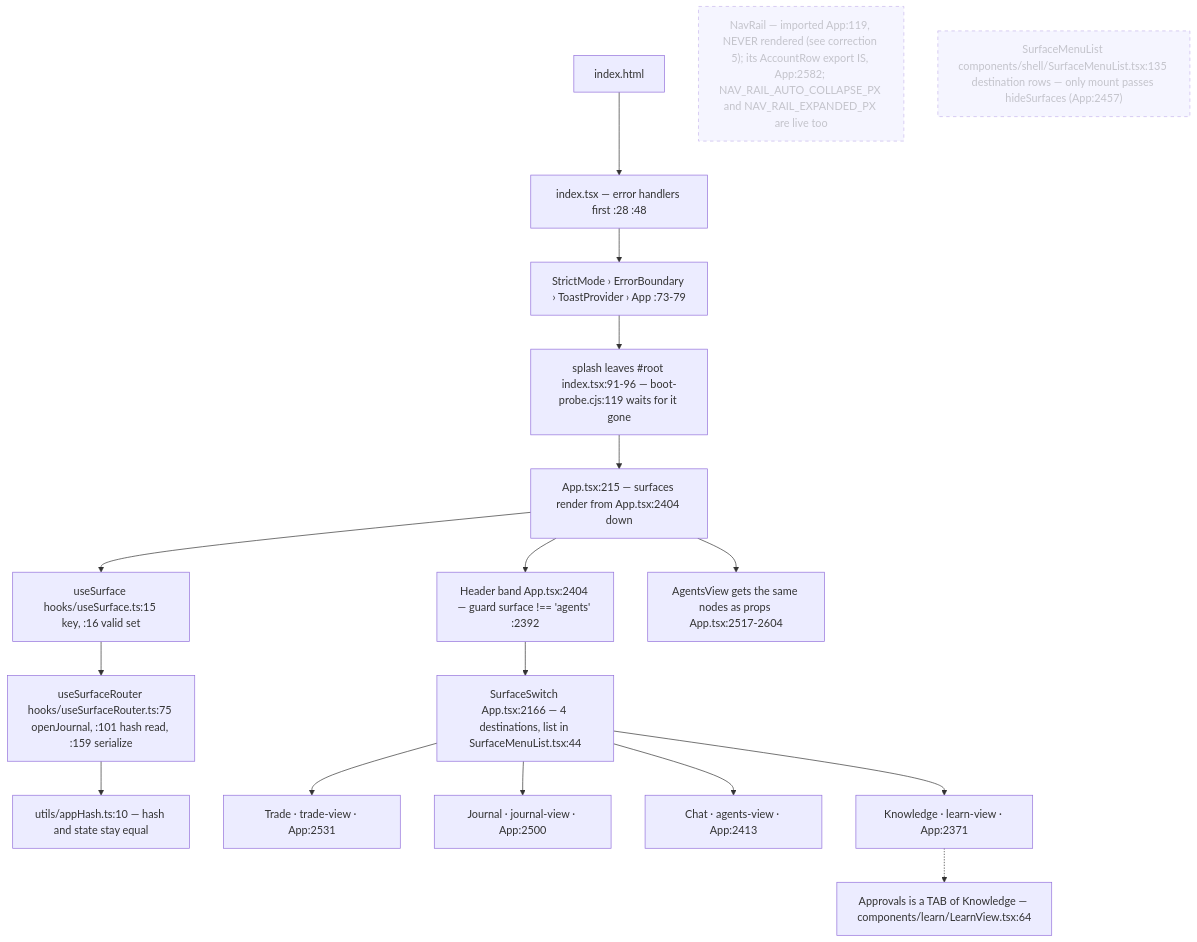
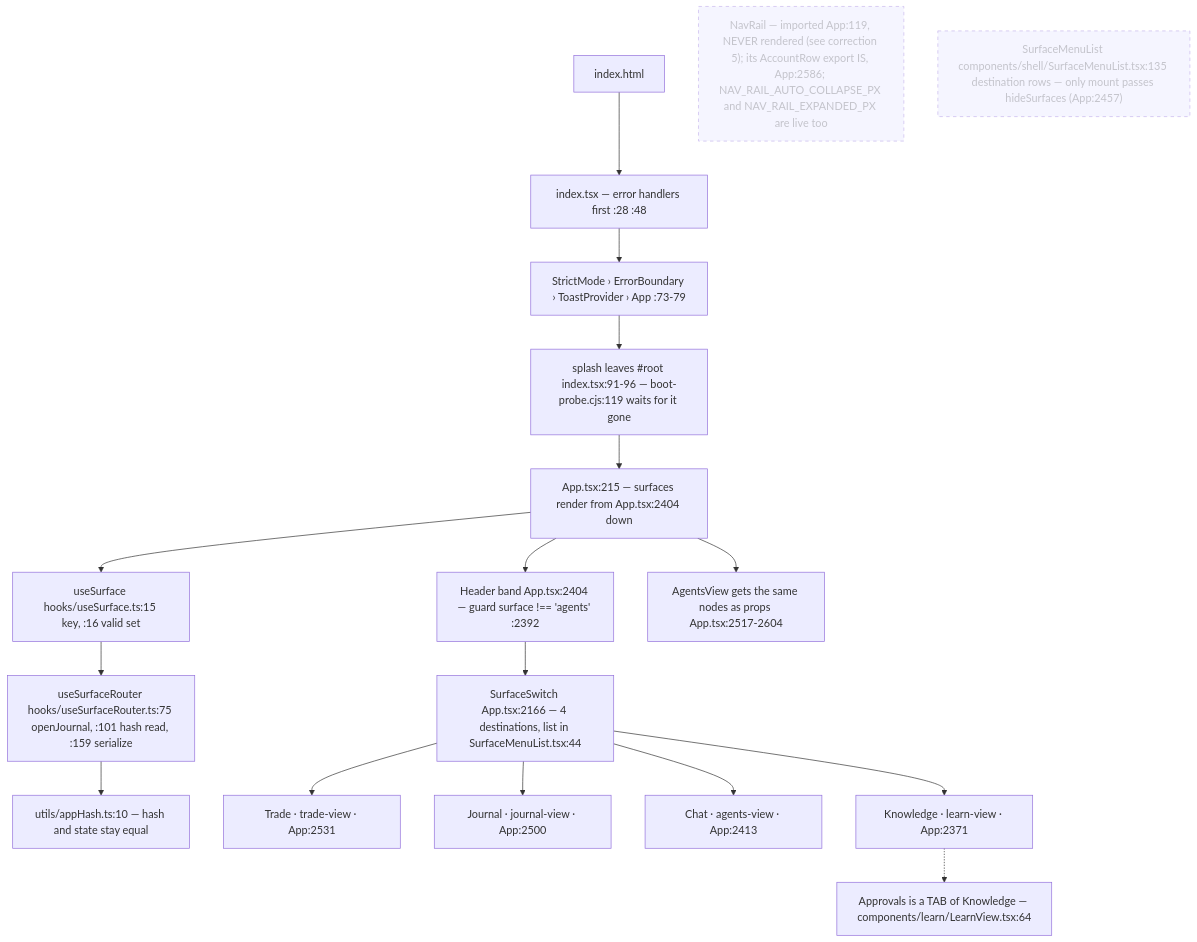
One commit to Acepay25/august-3.5 changed the first of 8 diagrams in docs/app-flow.md. Above: the diagram before and after it, drawn with Mermaid. The commit also changed other lines of this file and 2 other files, not shown here.

First line of the commit message:
docs(flow): re-anchor against the merged tree — 448 anchors, every citation grep-verified

````diff
--- a/docs/app-flow.md
+++ b/docs/app-flow.md
@@ -49,21 +49,21 @@
 ```mermaid
 flowchart TD
     H["index.html"] --> I["index.tsx — error handlers first :28 :48"]
     I --> S["StrictMode › ErrorBoundary › ToastProvider › App :73-79"]
     S --> SP["splash leaves #root index.tsx:91-96 — boot-probe.cjs:119 waits for it gone"]
     SP --> APP["App.tsx:215 — surfaces render from App.tsx:2404 down"]
     APP --> US["useSurface hooks/useSurface.ts:15 key, :16 valid set"]
     US --> UR["useSurfaceRouter hooks/useSurfaceRouter.ts:75 openJournal, :101 hash read, :159 serialize"]
     UR --> HASH["utils/appHash.ts:10 — hash and state stay equal"]
     APP --> HD["Header band App.tsx:2404 — guard surface !== 'agents' :2392"]
     HD --> SW["SurfaceSwitch App.tsx:2166 — 4 destinations, list in SurfaceMenuList.tsx:44"]
     APP --> AV["AgentsView gets the same nodes as props App.tsx:2517-2604"]
     SW --> T["Trade · trade-view · App:2531"]
     SW --> J["Journal · journal-view · App:2500"]
     SW --> C["Chat · agents-view · App:2413"]
     SW --> K["Knowledge · learn-view · App:2371"]
     K -.-> AP["Approvals is a TAB of Knowledge — components/learn/LearnView.tsx:64"]
-    NR["NavRail — imported App:119, NEVER rendered (see correction 5); its AccountRow export IS, App:2582; NAV_RAIL_AUTO_COLLAPSE_PX and NAV_RAIL_EXPANDED_PX are live too"]:::dead
+    NR["NavRail — imported App:119, NEVER rendered (see correction 5); its AccountRow export IS, App:2586; NAV_RAIL_AUTO_COLLAPSE_PX and NAV_RAIL_EXPANDED_PX are live too"]:::dead
     SM["SurfaceMenuList components/shell/SurfaceMenuList.tsx:135 destination rows — only mount passes hideSurfaces (App:2457)"]:::dead
     classDef dead stroke-dasharray: 5 5,opacity:.5
 ```
````
